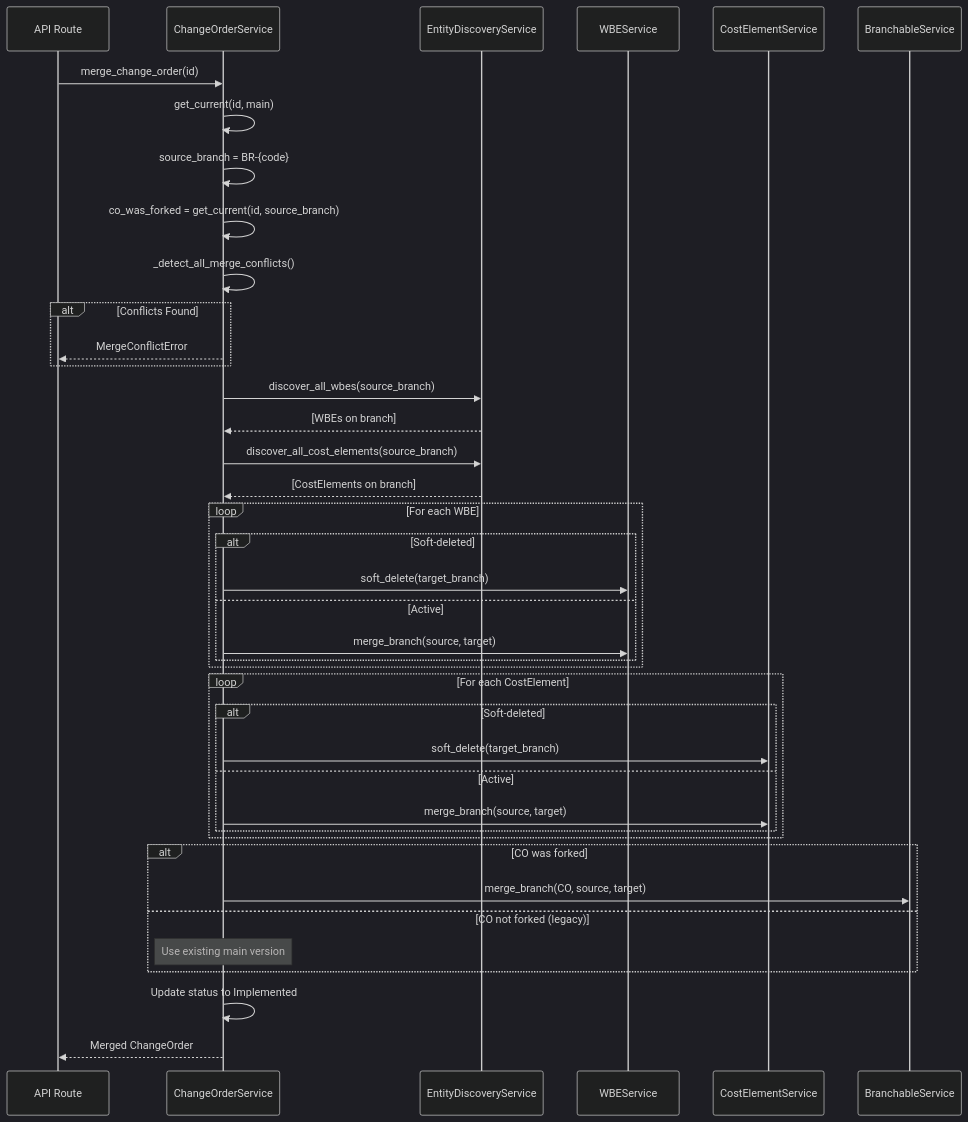
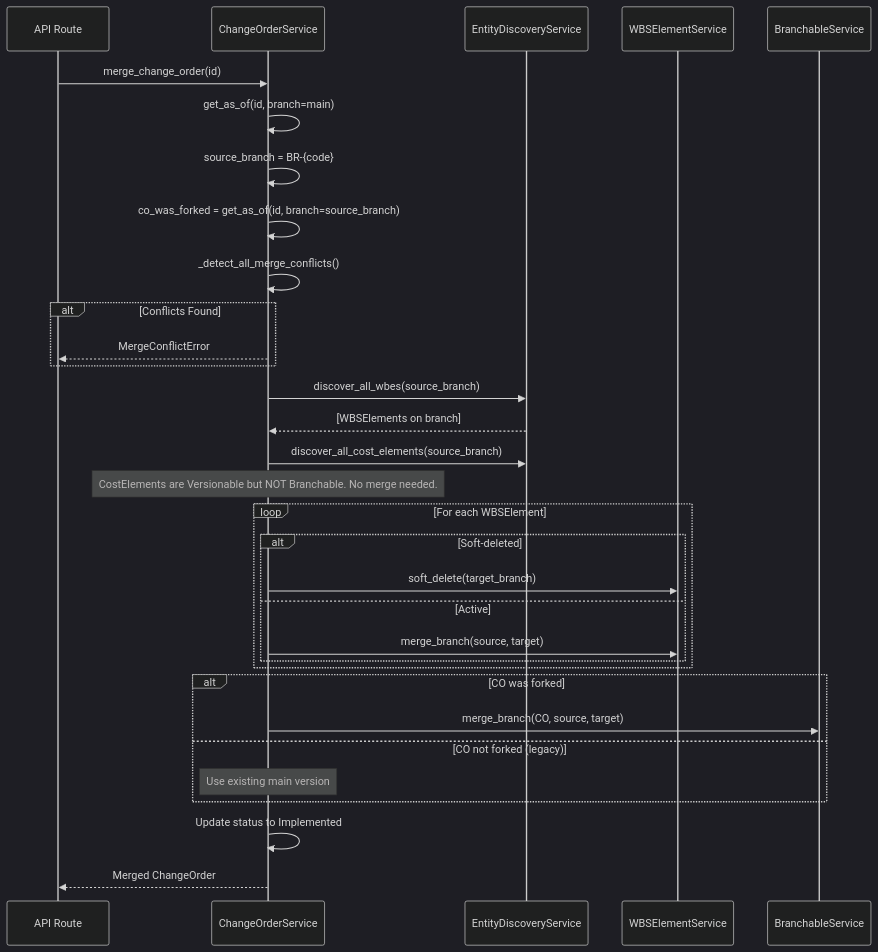
The fifth of 5 diagrams in docs/05-user-guide/change-order-workflow-guide.md (ogghst/backcast), drawn with Mermaid (dark theme) before and after one commit. The commit also changed other lines of this file and 17 other files, not shown here.

First line of the commit message:
docs: sync user guides and architecture docs with current entity model

````diff
--- a/docs/05-user-guide/change-order-workflow-guide.md
+++ b/docs/05-user-guide/change-order-workflow-guide.md
@@ -377,49 +405,40 @@
 ```mermaid
 sequenceDiagram
     participant API as API Route
     participant COService as ChangeOrderService
     participant Discovery as EntityDiscoveryService
-    participant WBEService as WBEService
-    participant CESService as CostElementService
+    participant WBSElementService as WBSElementService
     participant Branching as BranchableService
 
     API->>COService: merge_change_order(id)
-    COService->>COService: get_current(id, main)
+    COService->>COService: get_as_of(id, branch=main)
     COService->>COService: source_branch = BR-{code}
-    COService->>COService: co_was_forked = get_current(id, source_branch)
+    COService->>COService: co_was_forked = get_as_of(id, branch=source_branch)
 
     COService->>COService: _detect_all_merge_conflicts()
     alt Conflicts Found
         COService-->>API: MergeConflictError
     end
 
     COService->>Discovery: discover_all_wbes(source_branch)
-    Discovery-->>COService: [WBEs on branch]
+    Discovery-->>COService: [WBSElements on branch]
     COService->>Discovery: discover_all_cost_elements(source_branch)
-    Discovery-->>COService: [CostElements on branch]
+    Note over COService: CostElements are Versionable but NOT Branchable. No merge needed.
 
-    loop For each WBE
+    loop For each WBSElement
         alt Soft-deleted
-            COService->>WBEService: soft_delete(target_branch)
+            COService->>WBSElementService: soft_delete(target_branch)
         else Active
-            COService->>WBEService: merge_branch(source, target)
-        end
-    end
-
-    loop For each CostElement
-        alt Soft-deleted
-            COService->>CESService: soft_delete(target_branch)
-        else Active
-            COService->>CESService: merge_branch(source, target)
+            COService->>WBSElementService: merge_branch(source, target)
         end
     end
 
     alt CO was forked
         COService->>Branching: merge_branch(CO, source, target)
     else CO not forked (legacy)
         Note over COService: Use existing main version
     end
 
     COService->>COService: Update status to Implemented
     COService-->>API: Merged ChangeOrder
 ```
````
